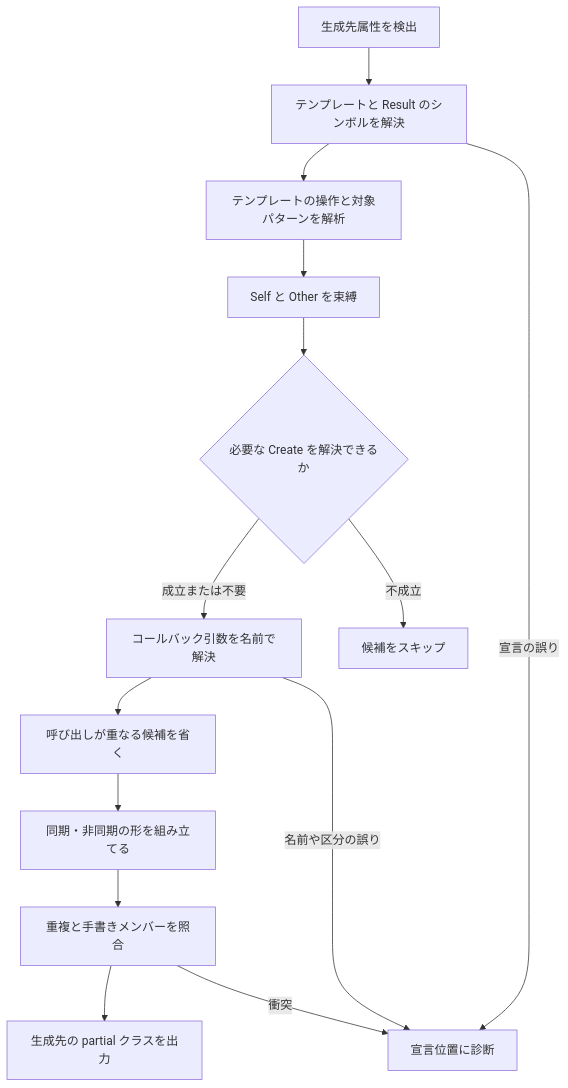
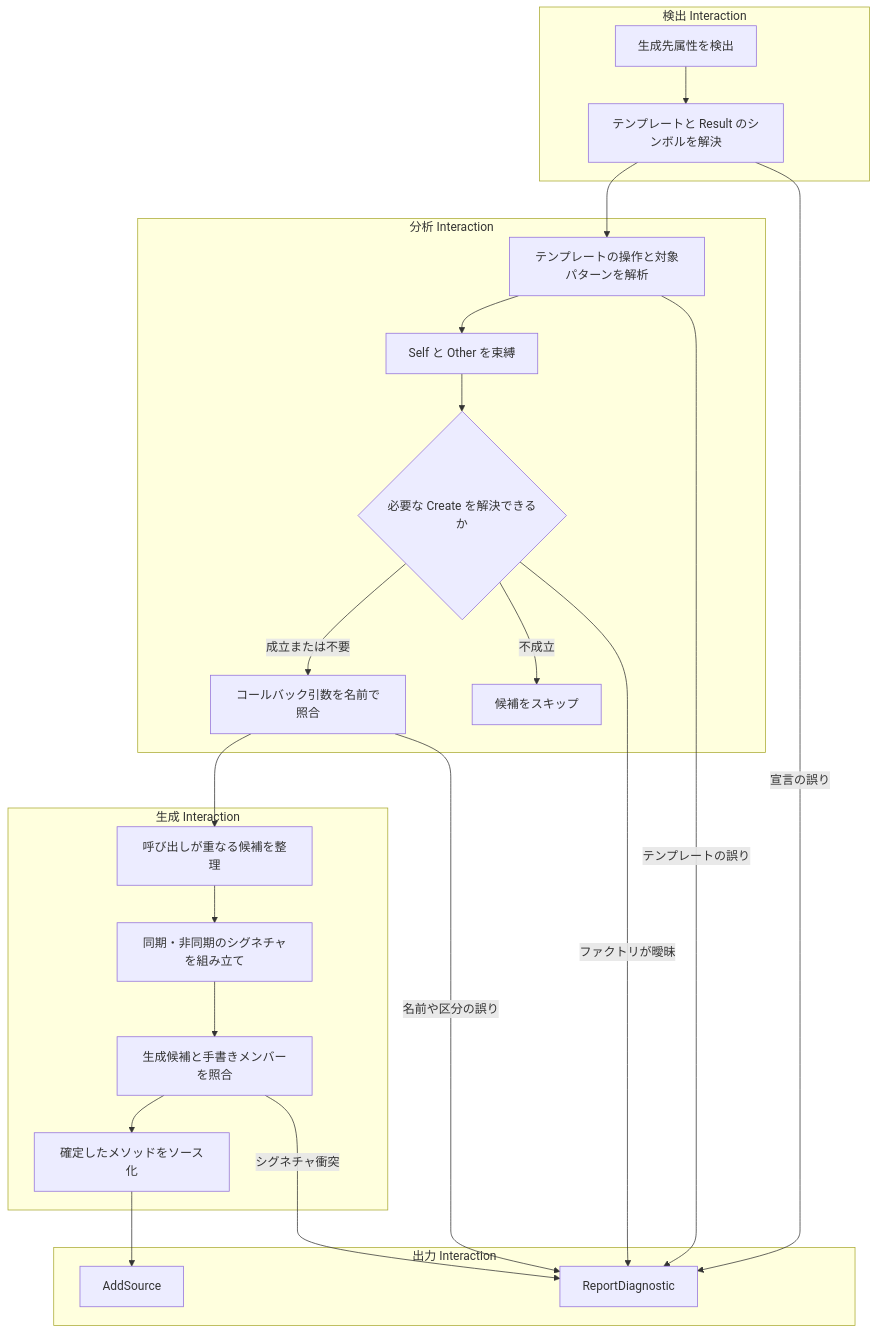
The diagram in docs/design-notes/RESULT_API_GENERATOR_PLAN.md (Studio-id-Game/InteractionFlowArchitecture), drawn with Mermaid before and after one commit. The commit also changed other lines of this file and 4 other files, not shown here.

````diff
--- a/docs/design-notes/RESULT_API_GENERATOR_PLAN.md
+++ b/docs/design-notes/RESULT_API_GENERATOR_PLAN.md
@@ -70,16 +70,29 @@
 ```mermaid
 flowchart TD
+  subgraph detect [検出 Interaction]
     A[生成先属性を検出] --> B[テンプレートと Result のシンボルを解決]
-    B --> C[テンプレートの操作と対象パターンを解析]
-    C --> D[Self と Other を束縛]
+  end
+  subgraph analyze [分析 Interaction]
+    C[テンプレートの操作と対象パターンを解析] --> D[Self と Other を束縛]
     D --> E{必要な Create を解決できるか}
-    E -->|成立または不要| K[コールバック引数を名前で解決]
+    E -->|成立または不要| K[コールバック引数を名前で照合]
     E -->|不成立| G[候補をスキップ]
-    K --> L[呼び出しが重なる候補を省く]
-    L --> F[同期・非同期の形を組み立てる]
-    F --> H[重複と手書きメンバーを照合]
-    H --> I[生成先の partial クラスを出力]
-    B -->|宣言の誤り| J[宣言位置に診断]
-    K -->|名前や区分の誤り| J
-    H -->|衝突| J
+  end
+  subgraph build [生成 Interaction]
+    L[呼び出しが重なる候補を整理] --> F[同期・非同期のシグネチャを組み立て]
+    F --> H[生成候補と手書きメンバーを照合]
+    H --> S[確定したメソッドをソース化]
+  end
+  subgraph emit [出力 Interaction]
+    I[AddSource]
+    J[ReportDiagnostic]
+  end
+  B --> C
+  K --> L
+  S --> I
+  B -->|宣言の誤り| J
+  C -->|テンプレートの誤り| J
+  E -->|ファクトリが曖昧| J
+  K -->|名前や区分の誤り| J
+  H -->|シグネチャ衝突| J
 ```
````
